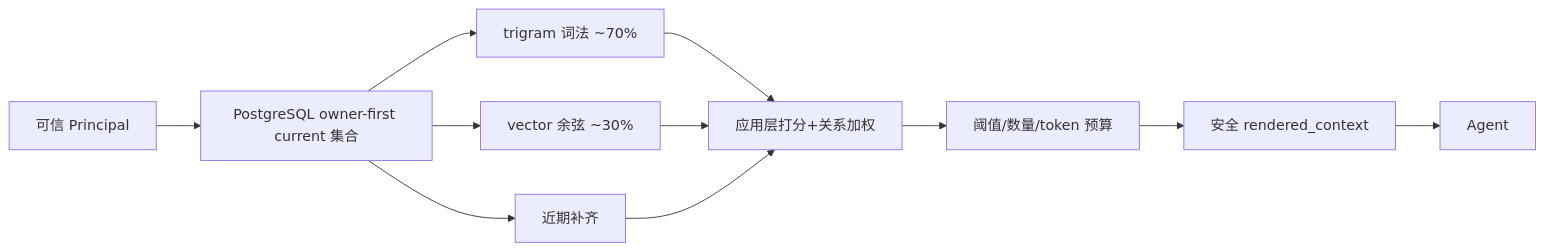
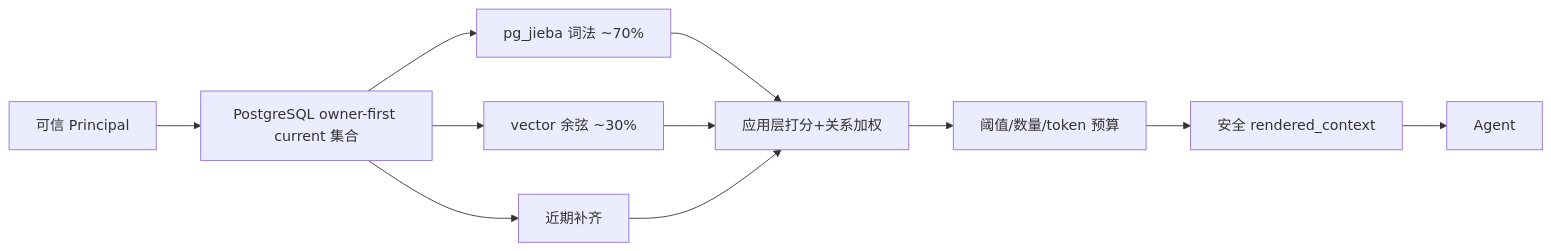
The fourth of 11 diagrams in docs/design.md (dxiaosen/memory-mcp), drawn with Mermaid before and after one commit. The commit also changed other lines of this file and 13 other files, not shown here.

````diff
--- a/docs/design.md
+++ b/docs/design.md
@@ -138,13 +138,13 @@
 ```mermaid
 flowchart LR
     P[可信 Principal] --> A[PostgreSQL owner-first current 集合]
-    A --> B[trigram 词法 ~70%]
+    A --> B[pg_jieba 词法 ~70%]
     A --> C[vector 余弦 ~30%]
     A --> D[近期补齐]
     B --> E[应用层打分+关系加权]
     C --> E
     D --> E
     E --> F[阈值/数量/token 预算]
     F --> G[安全 rendered_context]
     G --> H[Agent]
 ```
````
